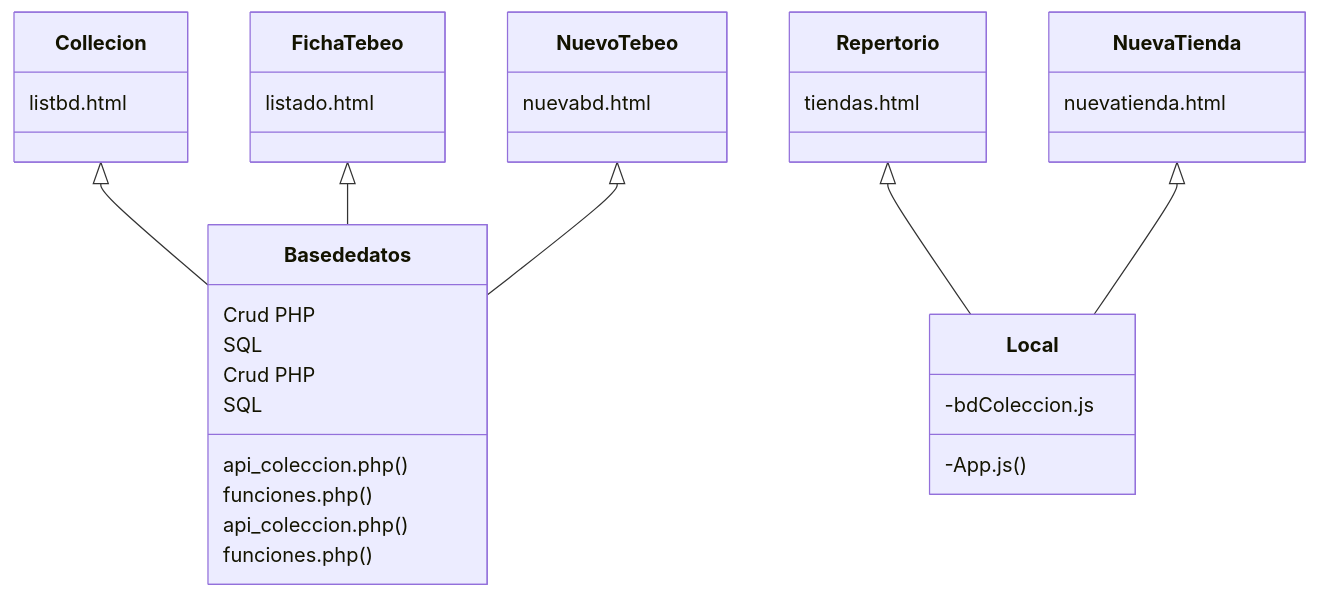
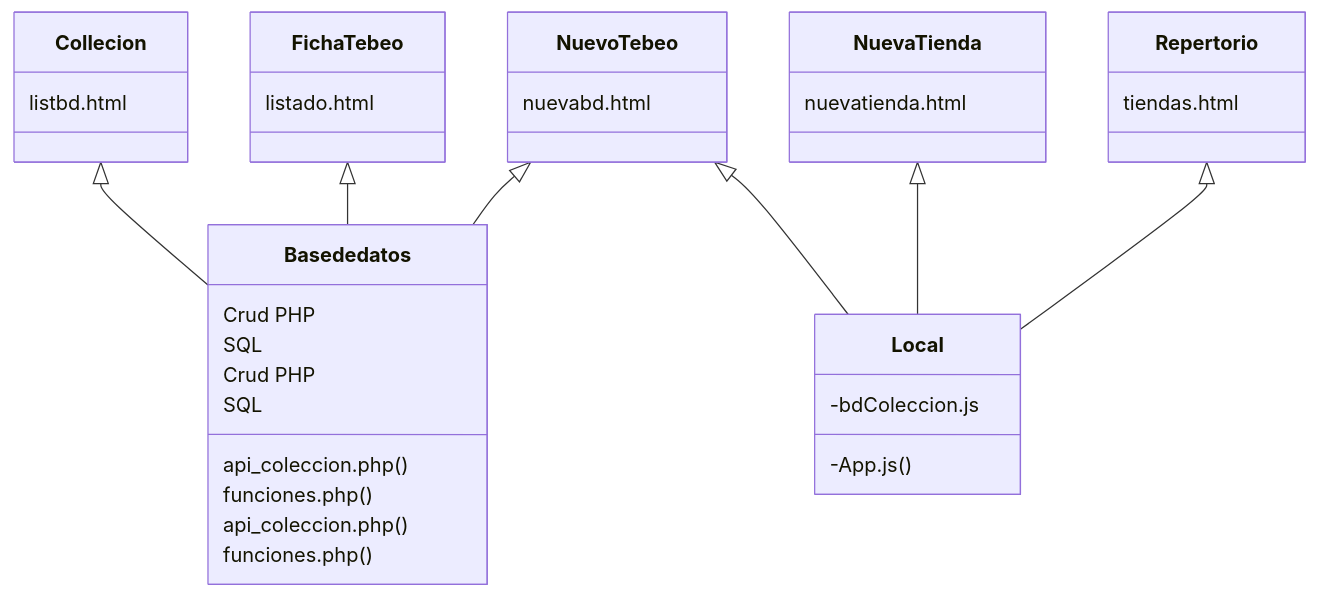
One commit to teekismikiss/proyecto-final changed the second of 3 diagrams in README.md. Above: the diagram before and after it, drawn with Mermaid.

Commit message:
Update directory structure in README

````diff
--- a/README.md
+++ b/README.md
@@ -59,34 +59,37 @@
 ```mermaid
 classDiagram
 
     Collecion <|-- Base de datos
     Collecion : listbd.html
     FichaTebeo <|-- Base de datos
     FichaTebeo : listado.html
     NuevoTebeo <|-- Base de datos
     NuevoTebeo : nuevabd.html
 class Base de datos{
       Crud PHP
       SQL
 api_coleccion.php()
 funciones.php()
      
     }
 class Base de datos{
       Crud PHP
       SQL
 api_coleccion.php()
 funciones.php()
      
     }
 
-Repertorio <|-- Local
-    Repertorio : tiendas.html
+   NuevoTebeo <|-- Local
+    NuevoTebeo  : 
     NuevaTienda <|-- Local
     NuevaTienda : nuevatienda.html
+ Repertorio <|-- Local
+    Repertorio : tiendas.html
+    
     class Local{
       -bdColeccion.js
       -App.js()
     }
   
 ```
````
